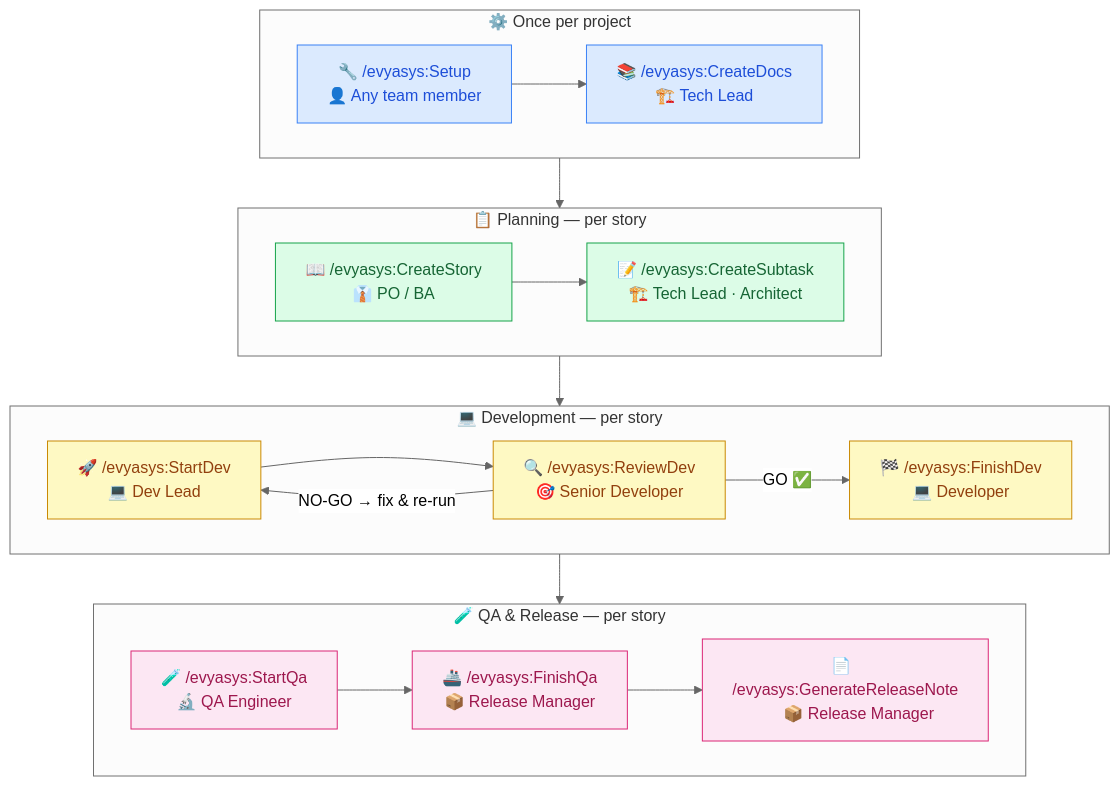
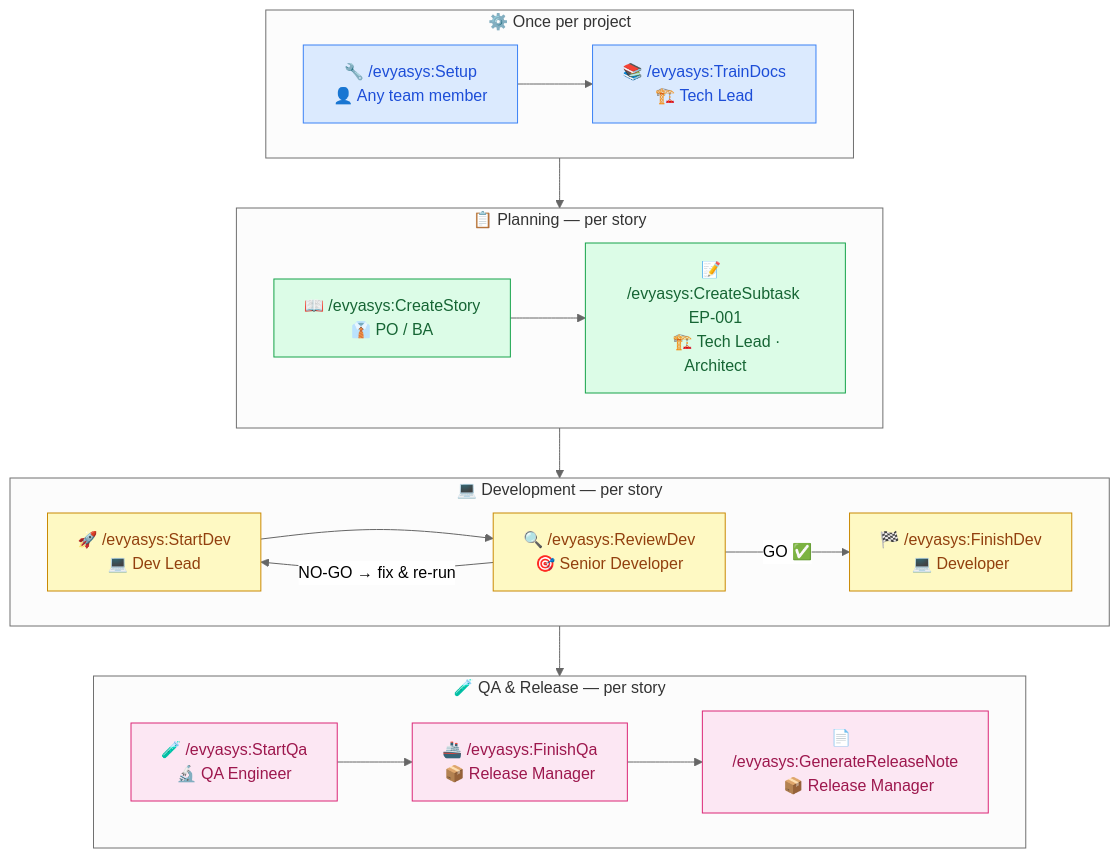
Before and after one commit to Evyasys-Software-Solutions/EvyaGovernance: the diagram in QUICKSTART.md, drawn with Mermaid (neutral theme). The commit also changed other lines of this file and 33 other files, not shown here.

````diff
--- a/QUICKSTART.md
+++ b/QUICKSTART.md
@@ -117,52 +104,52 @@
 ```mermaid
 flowchart TD
     classDef setup fill:#dbeafe,stroke:#3b82f6,color:#1d4ed8
     classDef plan  fill:#dcfce7,stroke:#16a34a,color:#166534
     classDef dev   fill:#fef9c3,stroke:#ca8a04,color:#92400e
     classDef qa    fill:#fce7f3,stroke:#db2777,color:#9d174d
 
     subgraph ONCE["⚙️  Once per project"]
       direction LR
       S1["🔧  /evyasys:Setup
       👤 Any team member"]:::setup
-      S2["📚  /evyasys:CreateDocs
+      S2["📚  /evyasys:TrainDocs
       🏗️ Tech Lead"]:::setup
       S1 --> S2
     end
 
     subgraph PLAN["📋  Planning — per story"]
       direction LR
       P1["📖  /evyasys:CreateStory
       👔 PO / BA"]:::plan
-      P2["📝  /evyasys:CreateSubtask
+      P2["📝  /evyasys:CreateSubtask EP-001
       🏗️ Tech Lead · Architect"]:::plan
       P1 --> P2
     end
 
     subgraph DEVPHASE["💻  Development — per story"]
       direction LR
       D1["🚀  /evyasys:StartDev
       💻 Dev Lead"]:::dev
       D2["🔍  /evyasys:ReviewDev
       🎯 Senior Developer"]:::dev
       D3["🏁  /evyasys:FinishDev
       💻 Developer"]:::dev
       D1 --> D2
       D2 -->|"NO-GO → fix & re-run"| D1
       D2 -->|"GO ✅"| D3
     end
 
     subgraph QAPHASE["🧪  QA & Release — per story"]
       direction LR
       Q1["🧪  /evyasys:StartQa
       🔬 QA Engineer"]:::qa
       Q2["🚢  /evyasys:FinishQa
       📦 Release Manager"]:::qa
       Q3["📄  /evyasys:GenerateReleaseNote
       📦 Release Manager"]:::qa
       Q1 --> Q2
       Q2 --> Q3
     end
 
     ONCE --> PLAN --> DEVPHASE --> QAPHASE
 ```
````
